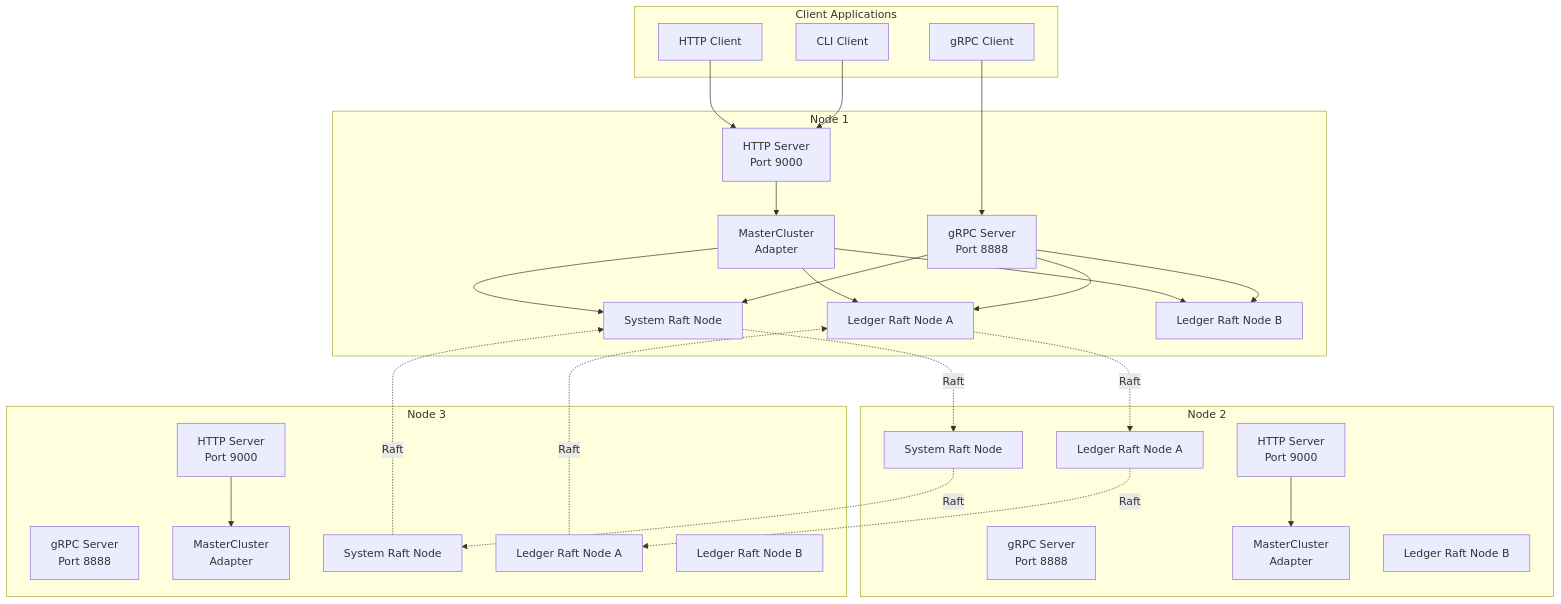
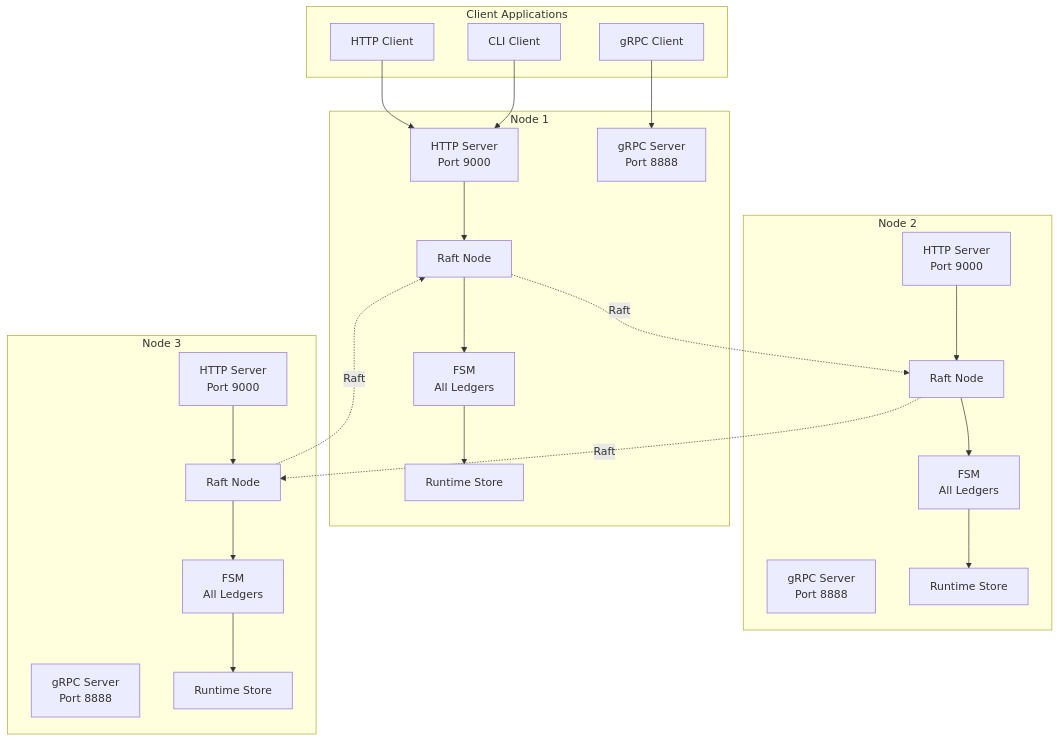
One commit to formancehq/ledger changed the first of 6 diagrams in docs/architecture.md. Above: the diagram before and after it, drawn with Mermaid. The commit also changed other lines of this file and 41 other files, not shown here.

````diff
--- a/docs/architecture.md
+++ b/docs/architecture.md
@@ -9,59 +9,52 @@
 ```mermaid
 graph TB
     subgraph "Client Applications"
         HTTPClient[HTTP Client]
         GRPCClient[gRPC Client]
         CLIClient[CLI Client]
     end
     
     subgraph "Node 1"
         HTTPServer1[HTTP Server<br/>Port 9000]
         GRPCServer1[gRPC Server<br/>Port 8888]
-        MasterCluster1[MasterCluster<br/>Adapter]
-        SystemNode1[System Raft Node]
-        LedgerNode1A[Ledger Raft Node A]
-        LedgerNode1B[Ledger Raft Node B]
+        RaftNode1[Raft Node]
+        FSM1[FSM<br/>All Ledgers]
+        Storage1[Runtime Store]
     end
     
     subgraph "Node 2"
         HTTPServer2[HTTP Server<br/>Port 9000]
         GRPCServer2[gRPC Server<br/>Port 8888]
-        MasterCluster2[MasterCluster<br/>Adapter]
-        SystemNode2[System Raft Node]
-        LedgerNode2A[Ledger Raft Node A]
-        LedgerNode2B[Ledger Raft Node B]
+        RaftNode2[Raft Node]
+        FSM2[FSM<br/>All Ledgers]
+        Storage2[Runtime Store]
     end
     
     subgraph "Node 3"
         HTTPServer3[HTTP Server<br/>Port 9000]
         GRPCServer3[gRPC Server<br/>Port 8888]
-        MasterCluster3[MasterCluster<br/>Adapter]
-        SystemNode3[System Raft Node]
-        LedgerNode3A[Ledger Raft Node A]
-        LedgerNode3B[Ledger Raft Node B]
+        RaftNode3[Raft Node]
+        FSM3[FSM<br/>All Ledgers]
+        Storage3[Runtime Store]
     end
     
     HTTPClient --> HTTPServer1
     GRPCClient --> GRPCServer1
     CLIClient --> HTTPServer1
     
-    HTTPServer1 --> MasterCluster1
-    HTTPServer2 --> MasterCluster2
-    HTTPServer3 --> MasterCluster3
+    HTTPServer1 --> RaftNode1
+    HTTPServer2 --> RaftNode2
+    HTTPServer3 --> RaftNode3
     
-    MasterCluster1 --> SystemNode1
-    MasterCluster1 --> LedgerNode1A
-    MasterCluster1 --> LedgerNode1B
+    RaftNode1 --> FSM1
+    RaftNode2 --> FSM2
+    RaftNode3 --> FSM3
     
-    GRPCServer1 --> SystemNode1
-    GRPCServer1 --> LedgerNode1A
-    GRPCServer1 --> LedgerNode1B
+    FSM1 --> Storage1
+    FSM2 --> Storage2
+    FSM3 --> Storage3
     
-    SystemNode1 -.Raft.-> SystemNode2
-    SystemNode2 -.Raft.-> SystemNode3
-    SystemNode3 -.Raft.-> SystemNode1
-    
-    LedgerNode1A -.Raft.-> LedgerNode2A
-    LedgerNode2A -.Raft.-> LedgerNode3A
-    LedgerNode3A -.Raft.-> LedgerNode1A
+    RaftNode1 -.Raft.-> RaftNode2
+    RaftNode2 -.Raft.-> RaftNode3
+    RaftNode3 -.Raft.-> RaftNode1
 ```
````
